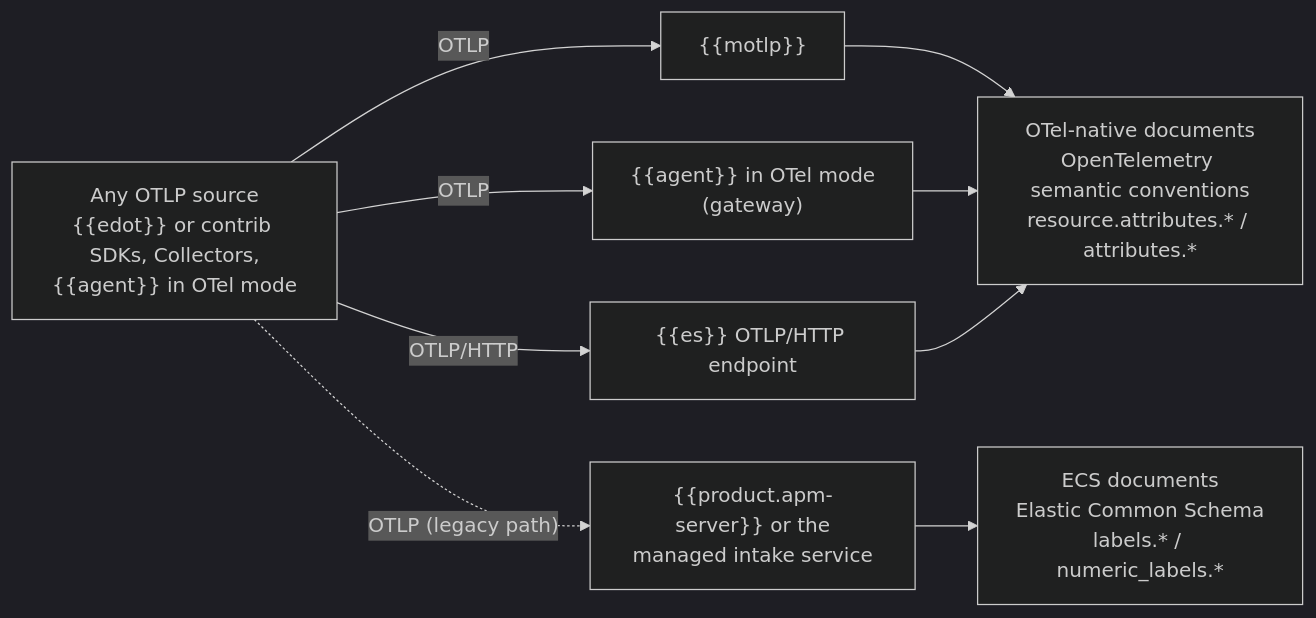
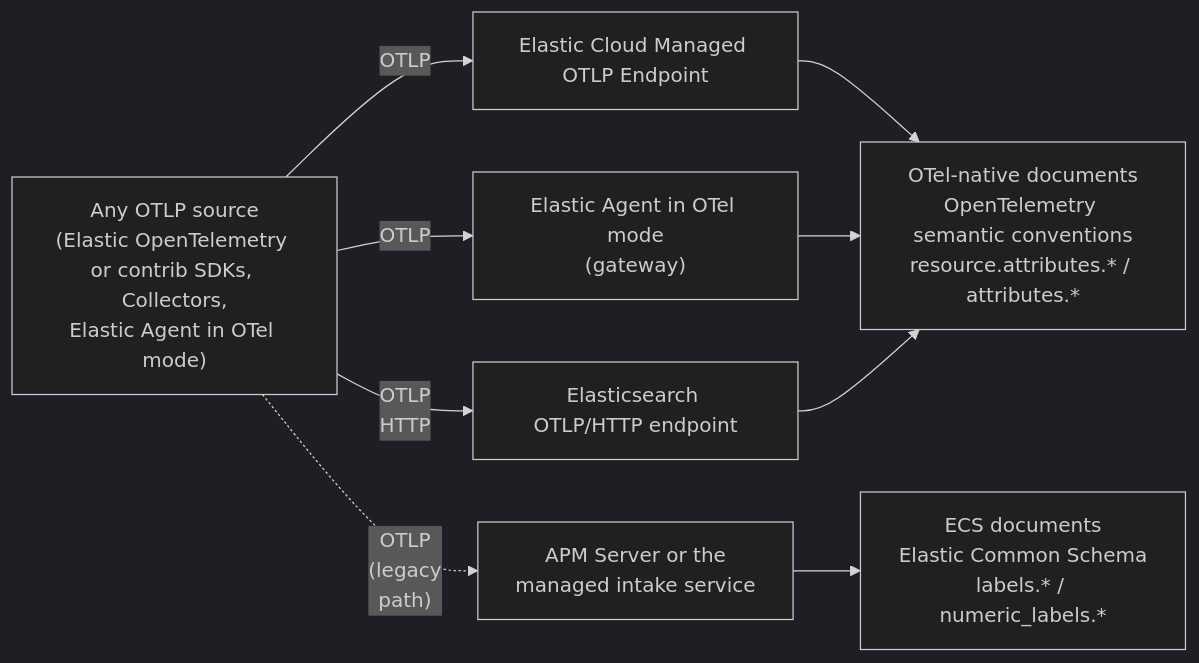
Before and after one commit to elastic/opentelemetry: the diagram in docs/reference/compatibility/data-streams.md, drawn with Mermaid (dark theme). The commit also changed other lines of this file and 1 other file, not shown here.

Commit message:
Update data streams documentation to clarify ingest paths and formats, including new diagram illustrating the relationship between OTLP sources and document types (OTel-native vs ECS).

````diff
--- a/docs/reference/compatibility/data-streams.md
+++ b/docs/reference/compatibility/data-streams.md
@@ -29,14 +31,14 @@
 ```mermaid
 flowchart LR
-    SRC["Any OTLP source<br/>{{edot}} or contrib SDKs, Collectors,<br/>{{agent}} in OTel mode"]:::plain
+    SRC["Any OTLP source<br/>(Elastic OpenTelemetry or contrib SDKs, Collectors,<br/>Elastic Agent in OTel mode)"]:::plain
 
-    SRC -->|OTLP| MOTLP["{{motlp}}"]:::plain
-    SRC -->|OTLP| GW["{{agent}} in OTel mode<br/>(gateway)"]:::plain
-    SRC -->|"OTLP/HTTP"| ESO["{{es}} OTLP/HTTP endpoint"]:::plain
-    SRC -.->|"OTLP (legacy path)"| APM["{{product.apm-server}} or the<br/>managed intake service"]:::warning
+    SRC -->|OTLP| MOTLP["Elastic Cloud Managed OTLP Endpoint"]:::plain
+    SRC -->|OTLP| GW["Elastic Agent in OTel mode<br/>(gateway)"]:::plain
+    SRC -->|"OTLP<br/>HTTP"| ESO["Elasticsearch OTLP/HTTP endpoint"]:::plain
+    SRC -.->|"OTLP<br/>(legacy<br/>path)"| APM["APM Server or the<br/>managed intake service"]:::warning
 
     MOTLP --> OTEL["OTel-native documents<br/>OpenTelemetry semantic conventions<br/>resource.attributes.* / attributes.*"]:::success
     GW --> OTEL
     ESO --> OTEL
     APM --> ECS["ECS documents<br/>Elastic Common Schema<br/>labels.* / numeric_labels.*"]:::note
 ```
````
